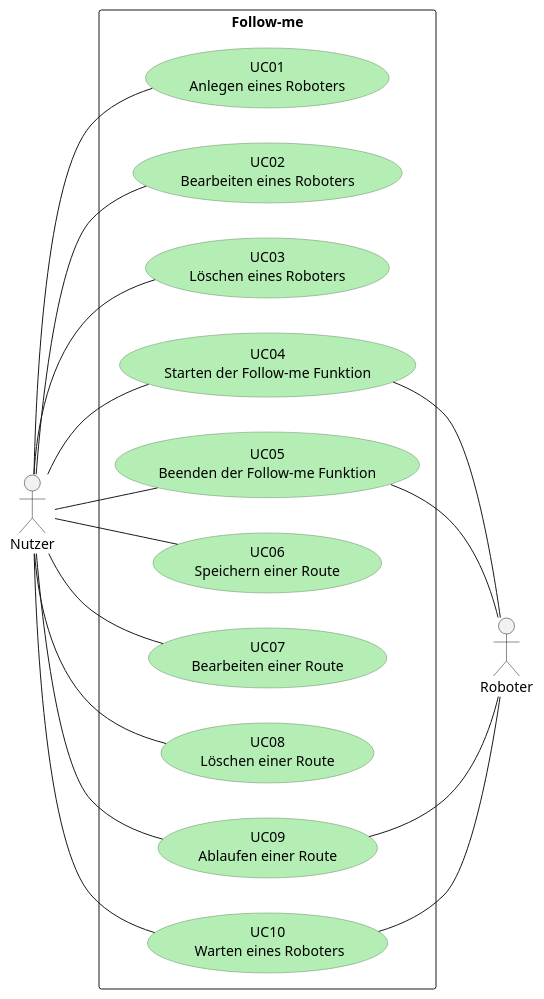
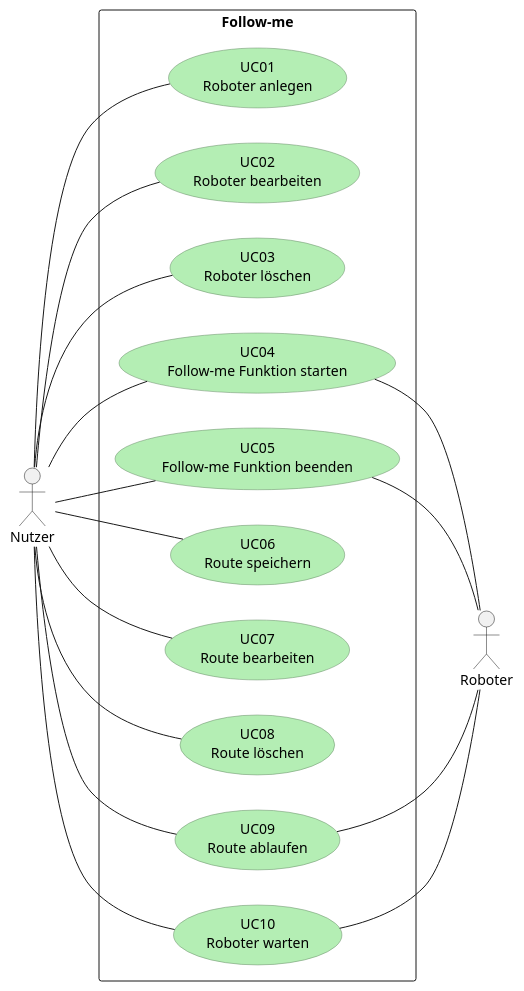
Before and after one commit to SE-I1-Follow-Me/SE-Projekt-I1: the diagram in docs/requirements/Follow-me Use Case model.puml, drawn with PlantUML. The commit also changed 1 other file, not shown here.

```diff
--- a/docs/requirements/Follow-me Use Case model.puml
+++ b/docs/requirements/Follow-me Use Case model.puml
@@ -1,50 +1,50 @@
 @startuml example-usecase-diagram
 left to right direction
 
 ' skin parameters for usecase with special stereotype
 skinparam usecase<<unspezifiziert>> {
   BackgroundColor #B4EEB4
   BorderColor 		#698b69
   StereotypeFontColor #black
   StereotypeFontSize 10
 }
 
 
 actor Nutzer
 actor Roboter
 
 rectangle "Follow-me" {
-  usecase "UC01\nAnlegen eines Roboters" as uc01 #B4EEB4;line:698b69
-  usecase "UC02\nBearbeiten eines Roboters" as uc02 #B4EEB4;line:698b69
-  usecase "UC03\nLöschen eines Roboters" as uc03 #B4EEB4;line:698b69
-  usecase "UC04\nStarten der Follow-me Funktion" as uc04 #B4EEB4;line:698b69
-  usecase "UC05\nBeenden der Follow-me Funktion"  as uc05 #B4EEB4;line:698b69
-  usecase "UC06\nSpeichern einer Route" as uc06 #B4EEB4;line:698b69
-  usecase "UC07\nBearbeiten einer Route"  as uc07 #B4EEB4;line:698b69
-  usecase "UC08\nLöschen einer Route" as uc08 #B4EEB4;line:698b69
-  usecase "UC09\nAblaufen einer Route"  as uc09 #B4EEB4;line:698b69
-  usecase "UC10\n Warten eines Roboters"  as uc10 #B4EEB4;line:698b69
+  usecase "UC01\nRoboter anlegen" as uc01 #B4EEB4;line:698b69
+  usecase "UC02\nRoboter bearbeiten" as uc02 #B4EEB4;line:698b69
+  usecase "UC03\nRoboter löschen" as uc03 #B4EEB4;line:698b69
+  usecase "UC04\nFollow-me Funktion starten" as uc04 #B4EEB4;line:698b69
+  usecase "UC05\nFollow-me Funktion beenden"  as uc05 #B4EEB4;line:698b69
+  usecase "UC06\nRoute speichern" as uc06 #B4EEB4;line:698b69
+  usecase "UC07\nRoute bearbeiten"  as uc07 #B4EEB4;line:698b69
+  usecase "UC08\nRoute löschen" as uc08 #B4EEB4;line:698b69
+  usecase "UC09\nRoute ablaufen"  as uc09 #B4EEB4;line:698b69
+  usecase "UC10\nRoboter warten"  as uc10 #B4EEB4;line:698b69
 
 
 
   ' single line:
   'usecase "UC05\nAnmeldedaten erfassen" as uc05
   ' multiple lines:
 
 }
 
 Nutzer -- uc01
 Nutzer -- uc02
 Nutzer -- uc03
 Nutzer -- uc04
 Nutzer -- uc05
 Nutzer -- uc06
 Nutzer -- uc07
 Nutzer -- uc08
 Nutzer -- uc09
 Nutzer -- uc10
 uc04 -- Roboter
 uc05 -- Roboter
 uc10 -- Roboter
 uc09 -- Roboter 
 @enduml
```
